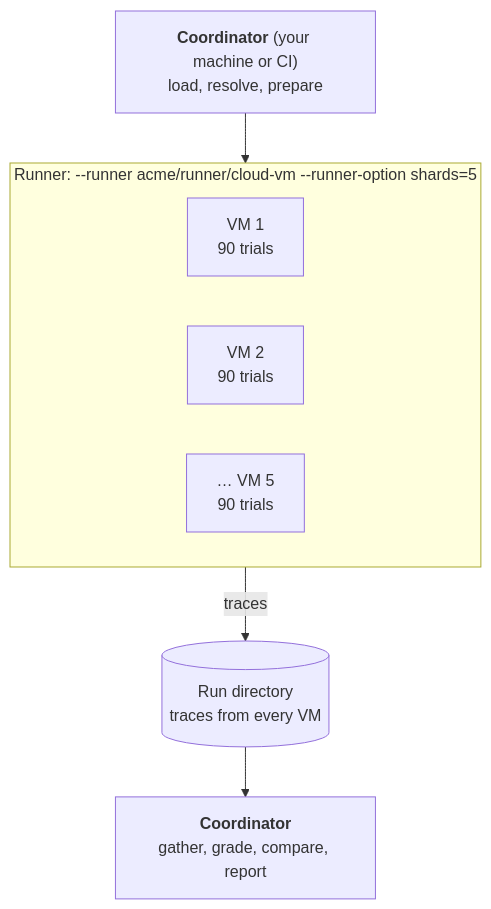
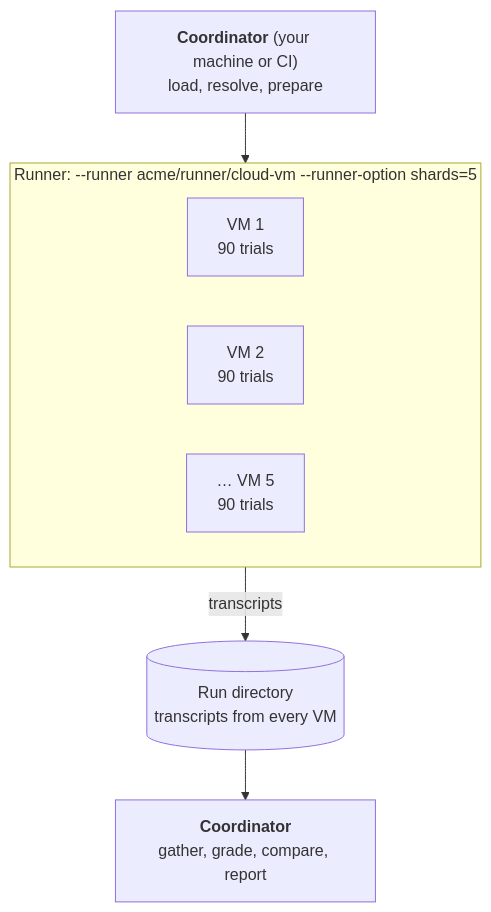
Before and after one commit to gleanwork/mcp-server-tester: the third of 3 diagrams in docs/design/explainer.md, drawn with Mermaid. The commit also changed other lines of this file and 211 other files, not shown here.

First line of the commit message:
refactor!: traces are transcripts (ADR 0013)

````diff
--- a/docs/design/explainer.md
+++ b/docs/design/explainer.md
@@ -171,15 +171,15 @@
 ```mermaid
 flowchart TD
   prep["<b>Coordinator</b> (your machine or CI)<br/>load, resolve, prepare"]
   subgraph runner["Runner: --runner acme/runner/cloud-vm --runner-option shards=5"]
     direction LR
     vm1["VM 1<br/>90 trials"]
     vm2["VM 2<br/>90 trials"]
     vm5["… VM 5<br/>90 trials"]
   end
-  store[("Run directory<br/>traces from every VM")]
+  store[("Run directory<br/>transcripts from every VM")]
   post["<b>Coordinator</b><br/>gather, grade, compare, report"]
   prep --> runner
-  runner -- traces --> store
+  runner -- transcripts --> store
   store --> post
 ```
````
